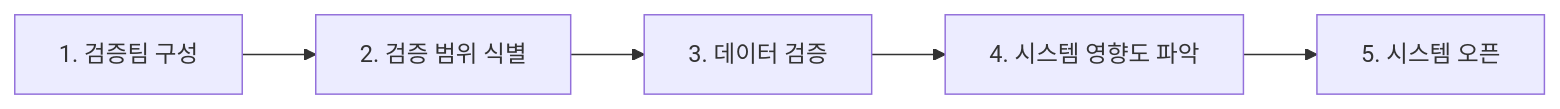
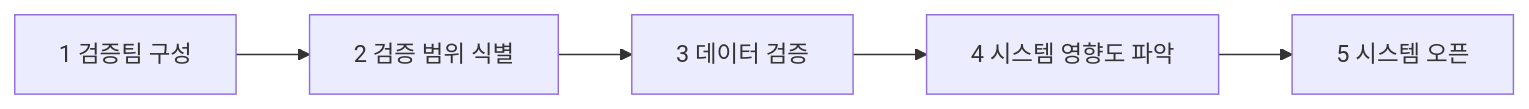
Before and after one commit to gracefullight/gracefullight.github.io: the second of 2 diagrams in blog/pe/db/data-migration.md, drawn with Mermaid. The commit also changed other lines of this file and 18 other files, not shown here.

````diff
--- a/blog/pe/db/data-migration.md
+++ b/blog/pe/db/data-migration.md
@@ -54,5 +54,5 @@
 ```mermaid
 graph LR 
-  검증팀구성[1. 검증팀 구성] --> 검증범위식별[2. 검증 범위 식별] --> 데이터검증[3. 데이터 검증]
-  데이터검증 --> 시스템영향도파악[4. 시스템 영향도 파악] --> 시스템오픈[5. 시스템 오픈]
+  검증팀구성[1 검증팀 구성] --> 검증범위식별[2 검증 범위 식별] --> 데이터검증[3 데이터 검증]
+  데이터검증 --> 시스템영향도파악[4 시스템 영향도 파악] --> 시스템오픈[5 시스템 오픈]
 ```
````
